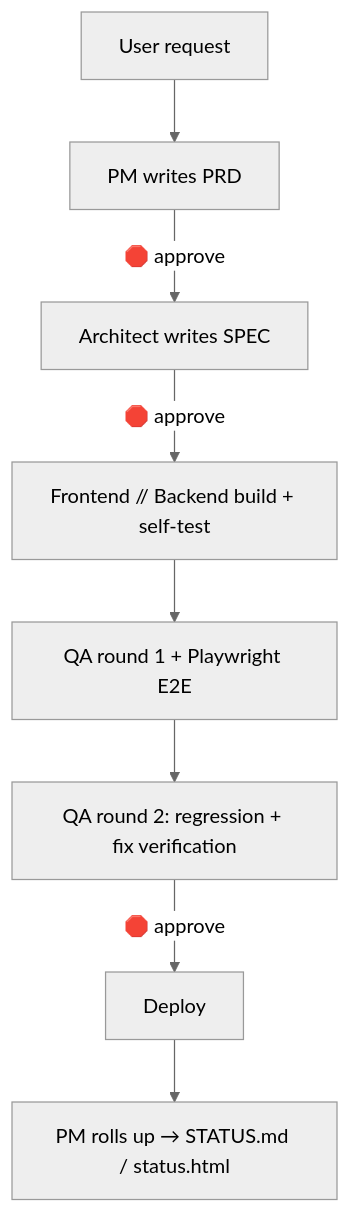
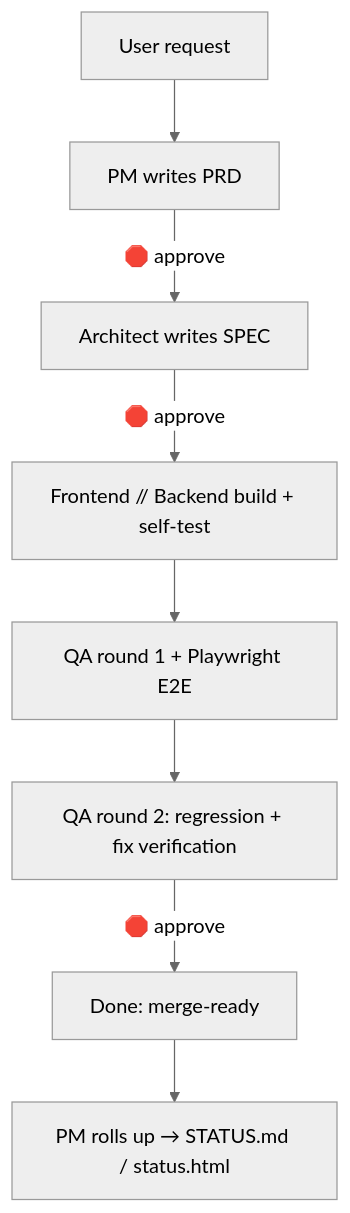
One commit to origen-ae/claude-agent-team changed the diagram in README.md. Above: the diagram before and after it, drawn with Mermaid (neutral theme). The commit also changed other lines of this file and 15 other files, not shown here.

````diff
--- a/README.md
+++ b/README.md
@@ -68,10 +71,10 @@
 ```mermaid
 flowchart TD
     A[User request] --> B[PM writes PRD]
     B -->|🛑 approve| C[Architect writes SPEC]
     C -->|🛑 approve| D[Frontend // Backend build + self-test]
     D --> E[QA round 1 + Playwright E2E]
     E --> F[QA round 2: regression + fix verification]
-    F -->|🛑 approve| G[Deploy]
+    F -->|🛑 approve| G[Done: merge-ready]
     G --> H[PM rolls up → STATUS.md / status.html]
 ```
````
